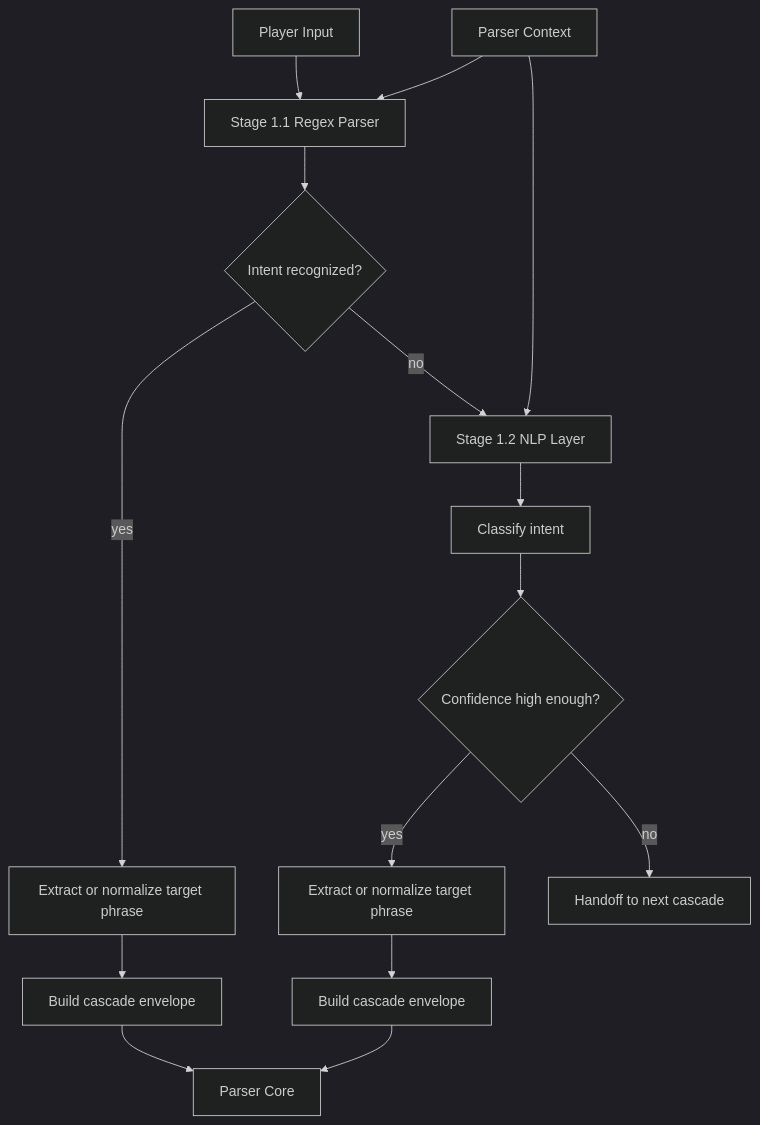
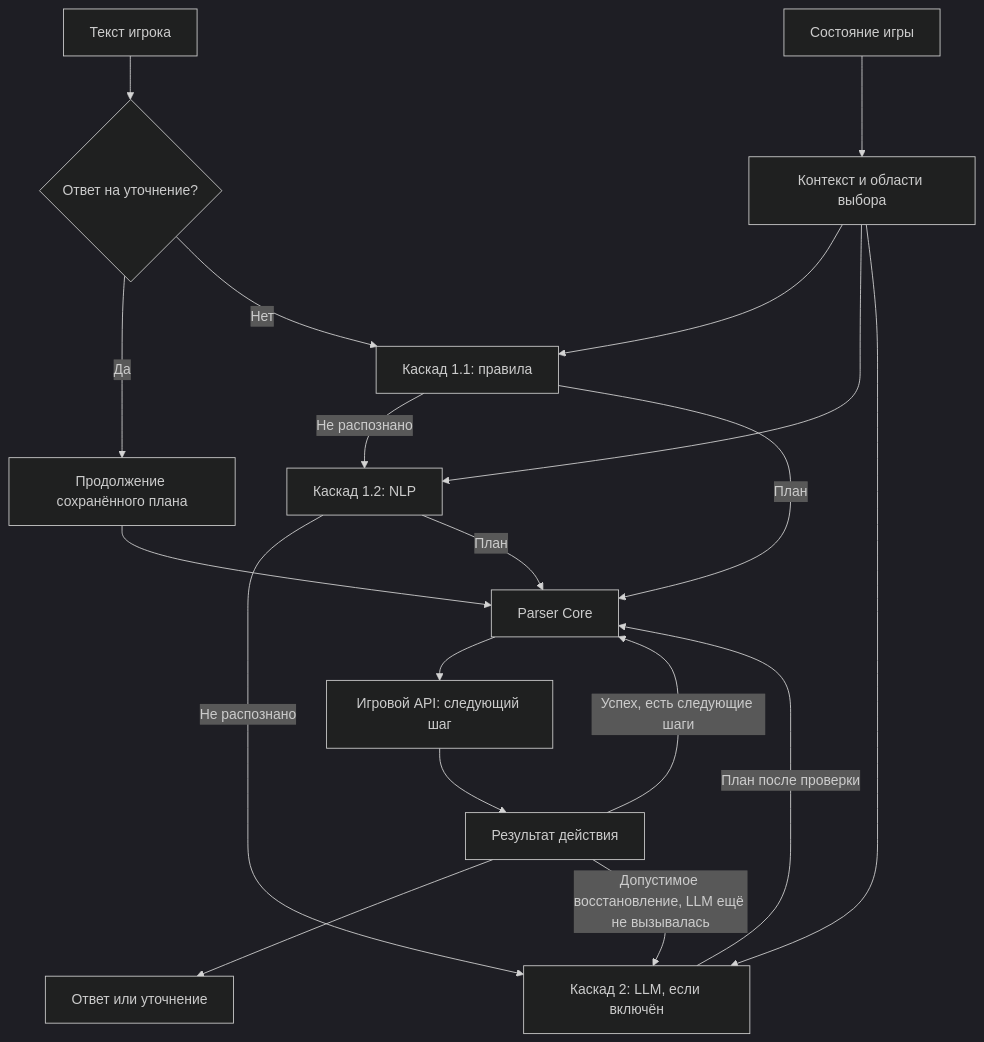
One commit to z-hunter/Quest changed the diagram in Parser.md. Above: the diagram before and after it, drawn with Mermaid (dark theme). The commit also changed other lines of this file and 4 other files, not shown here.

````diff
--- a/Parser.md
+++ b/Parser.md
@@ -329,24 +42,21 @@
 ```mermaid
 flowchart TD
-    U[Player Input]
-    CTX[Parser Context]
-
-    U --> R1[Stage 1.1 Regex Parser]
-    CTX --> R1
-
-    R1 --> R1A{Intent recognized?}
-    R1A -->|yes| R1B[Extract or normalize target phrase]
-    R1B --> R1C[Build cascade envelope]
-    R1C --> CORE[Parser Core]
-
-    R1A -->|no| N1[Stage 1.2 NLP Layer]
-    CTX --> N1
-
-    N1 --> N1A[Classify intent]
-    N1A --> N1B{Confidence high enough?}
-    N1B -->|yes| N1C[Extract or normalize target phrase]
-    N1C --> N1D[Build cascade envelope]
-    N1D --> CORE
-
-    N1B -->|no| H[Handoff to next cascade]
+    INPUT[Текст игрока] --> PENDING{Ответ на уточнение?}
+    STATE[Состояние игры] --> WORLD[Контекст и области выбора]
+    PENDING -->|Да| RESUME[Продолжение сохранённого плана]
+    PENDING -->|Нет| RULES[Каскад 1.1: правила]
+    RULES -->|Не распознано| NLP[Каскад 1.2: NLP]
+    NLP -->|Не распознано| LLM[Каскад 2: LLM, если включён]
+    WORLD --> RULES
+    WORLD --> NLP
+    WORLD --> LLM
+    RULES -->|План| CORE[Parser Core]
+    NLP -->|План| CORE
+    LLM -->|План после проверки| CORE
+    RESUME --> CORE
+    CORE --> API[Игровой API: следующий шаг]
+    API --> RESULT[Результат действия]
+    RESULT -->|Успех, есть следующие шаги| CORE
+    RESULT --> RESPONSE[Ответ или уточнение]
+    RESULT -->|Допустимое восстановление, LLM ещё не вызывалась| LLM
 ```
````
